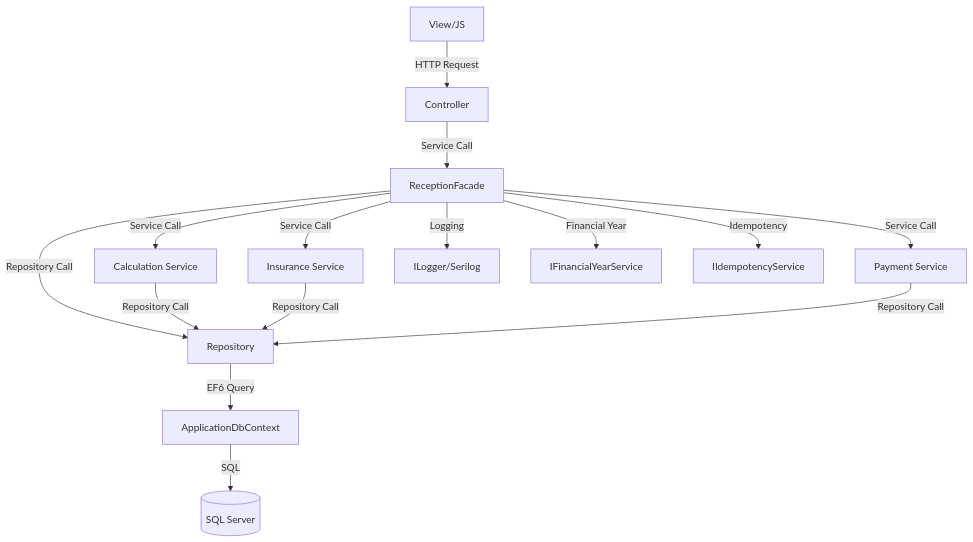
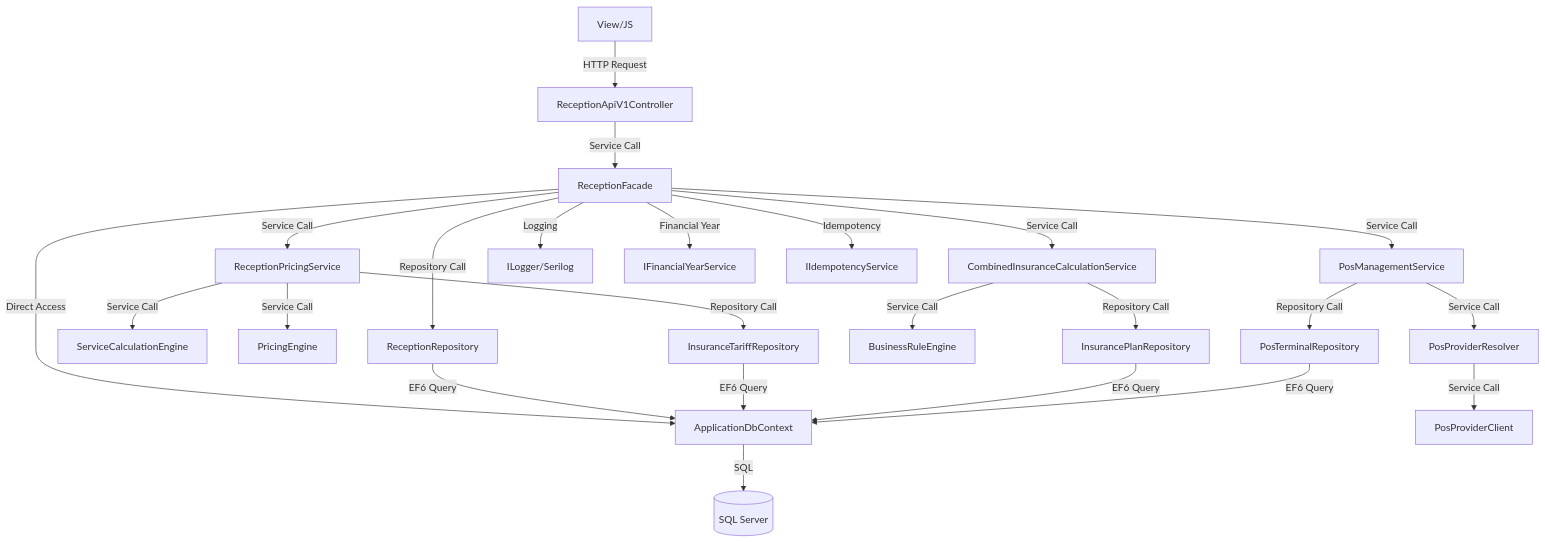
One commit to jiroftsoft/ClinicApp changed the diagram in Docs/layer-deps.md. Above: the diagram before and after it, drawn with Mermaid. The commit also changed other lines of this file and 19 other files, not shown here.

````diff
--- a/Docs/layer-deps.md
+++ b/Docs/layer-deps.md
@@ -309,18 +477,27 @@
 ```mermaid
 graph TD
-    A[View/JS] -->|HTTP Request| B[Controller]
+    A[View/JS] -->|HTTP Request| B[ReceptionApiV1Controller]
     B -->|Service Call| C[ReceptionFacade]
-    C -->|Repository Call| D[Repository]
-    C -->|Service Call| E[Calculation Service]
-    C -->|Service Call| F[Insurance Service]
-    C -->|Service Call| G[Payment Service]
-    D -->|EF6 Query| H[ApplicationDbContext]
-    E -->|Repository Call| D
-    F -->|Repository Call| D
-    G -->|Repository Call| D
-    H -->|SQL| I[(SQL Server)]
+    C -->|Service Call| D[ReceptionPricingService]
+    C -->|Service Call| E[CombinedInsuranceCalculationService]
+    C -->|Service Call| F[PosManagementService]
+    C -->|Repository Call| G[ReceptionRepository]
+    C -->|Direct Access| H[ApplicationDbContext]
+    D -->|Service Call| I[ServiceCalculationEngine]
+    D -->|Service Call| J[PricingEngine]
+    D -->|Repository Call| K[InsuranceTariffRepository]
+    E -->|Repository Call| L[InsurancePlanRepository]
+    E -->|Service Call| M[BusinessRuleEngine]
+    F -->|Repository Call| N[PosTerminalRepository]
+    F -->|Service Call| O[PosProviderResolver]
+    O -->|Service Call| P[PosProviderClient]
+    G -->|EF6 Query| H
+    K -->|EF6 Query| H
+    L -->|EF6 Query| H
+    N -->|EF6 Query| H
+    H -->|SQL| Q[(SQL Server)]
     
-    C -->|Logging| J[ILogger/Serilog]
-    C -->|Financial Year| K[IFinancialYearService]
-    C -->|Idempotency| L[IIdempotencyService]
+    C -->|Logging| R[ILogger/Serilog]
+    C -->|Financial Year| S[IFinancialYearService]
+    C -->|Idempotency| T[IIdempotencyService]
 ```
````
